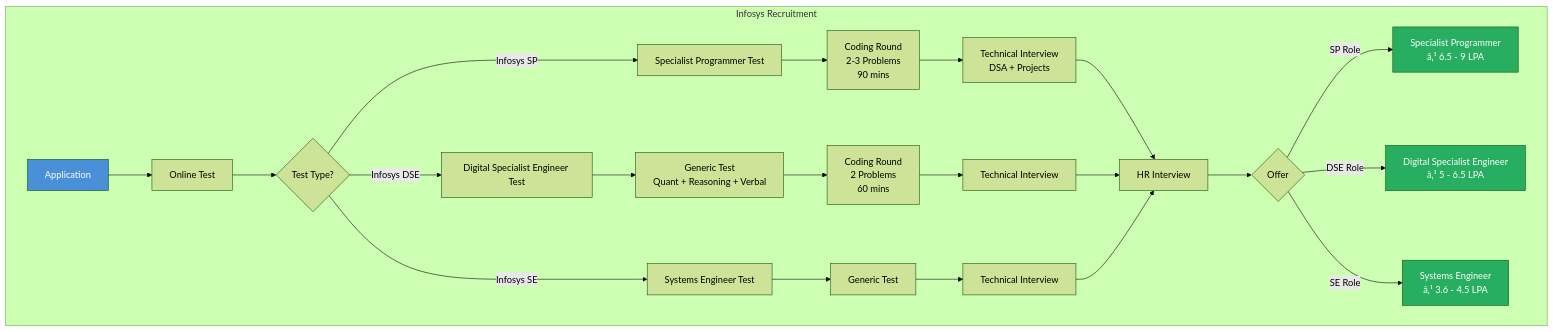
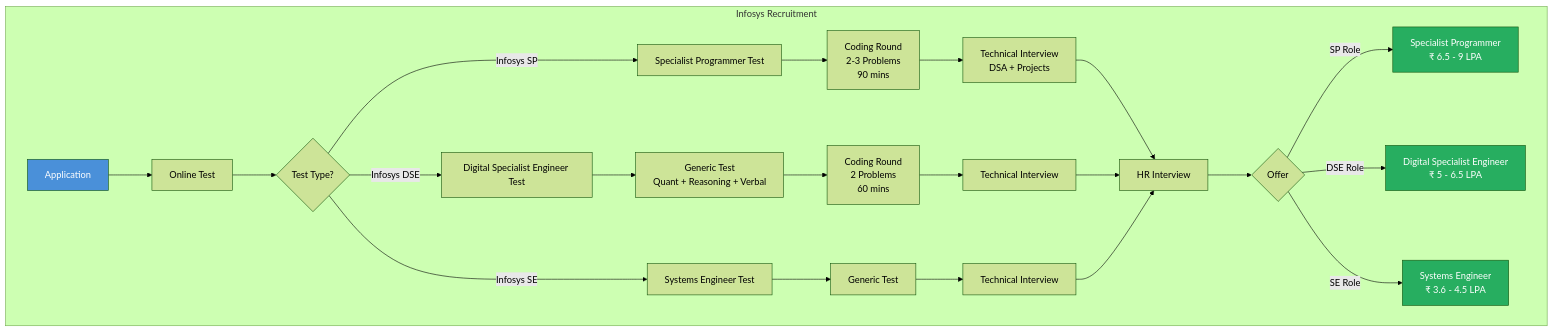
The first of 2 diagrams in docs/courses/interview-preparation/12-company-infosys-sp.md (Raushan666java/ai-engineering-journey), drawn with Mermaid (forest theme) before and after one commit. The commit also changed other lines of this file and 965 other files, not shown here.

````diff
--- a/docs/courses/interview-preparation/12-company-infosys-sp.md
+++ b/docs/courses/interview-preparation/12-company-infosys-sp.md
@@ -31,34 +31,34 @@
 ```mermaid
 flowchart TB
     subgraph "Infosys Recruitment"
         A[Application] --> B[Online Test]
         B --> C{Test Type?}
         C -->|Infosys SP| D[Specialist Programmer Test]
         C -->|Infosys DSE| E[Digital Specialist Engineer Test]
         C -->|Infosys SE| F[Systems Engineer Test]
         
         D --> D1[Coding Round<br/>2-3 Problems<br/>90 mins]
         D1 --> D2[Technical Interview<br/>DSA + Projects]
         
         E --> E1[Generic Test<br/>Quant + Reasoning + Verbal]
         E1 --> E2[Coding Round<br/>2 Problems<br/>60 mins]
         E2 --> E3[Technical Interview]
         
         F --> F1[Generic Test]
         F1 --> F2[Technical Interview]
         
         D2 --> G[HR Interview]
         E3 --> G
         F2 --> G
         
         G --> H{Offer}
-        H -->|SP Role| I[Specialist Programmer<br/>â‚¹ 6.5 - 9 LPA]
-        H -->|DSE Role| J[Digital Specialist Engineer<br/>â‚¹ 5 - 6.5 LPA]
-        H -->|SE Role| K[Systems Engineer<br/>â‚¹ 3.6 - 4.5 LPA]
+        H -->|SP Role| I[Specialist Programmer<br/>₹ 6.5 - 9 LPA]
+        H -->|DSE Role| J[Digital Specialist Engineer<br/>₹ 5 - 6.5 LPA]
+        H -->|SE Role| K[Systems Engineer<br/>₹ 3.6 - 4.5 LPA]
     end
 
     style A fill:#4a90d9,color:#fff
     style I fill:#27ae60,color:#fff
     style J fill:#27ae60,color:#fff
     style K fill:#27ae60,color:#fff
 ```
````
